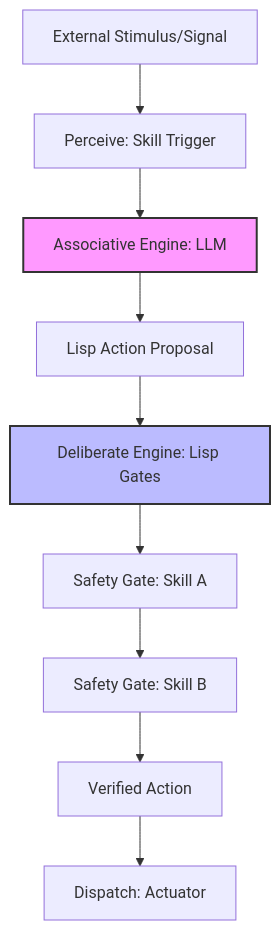
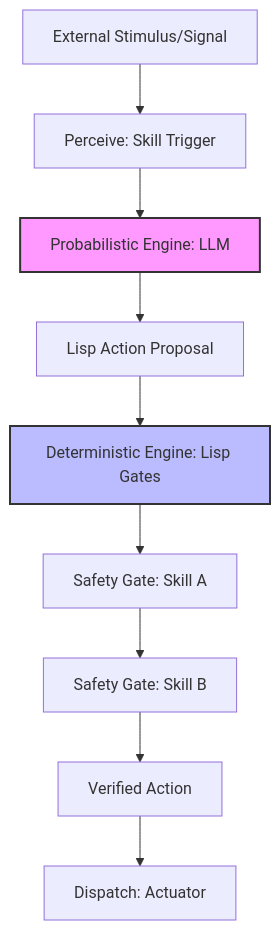
Before and after one commit to amrgharbeia/opencortex: the first of 3 diagrams in literate/neurosymbolic.org, drawn with Mermaid. The commit also changed other lines of this file and 51 other files, not shown here.

Commit message:
REFACTOR: Explanatory Core Architecture & Terminology Alignment

```diff
--- a/literate/neurosymbolic.org
+++ b/literate/neurosymbolic.org
@@ -11,14 +11,14 @@
 #+begin_src mermaid
 flowchart TD
     Stimulus[External Stimulus/Signal] --> Perceive[Perceive: Skill Trigger]
-    Perceive --> Associative[Associative Engine: LLM]
-    Associative --> Proposal[Lisp Action Proposal]
-    Proposal --> Deliberate[Deliberate Engine: Lisp Gates]
-    Deliberate --> Gate1[Safety Gate: Skill A]
+    Perceive --> Probabilistic[Probabilistic Engine: LLM]
+    Probabilistic --> Proposal[Lisp Action Proposal]
+    Proposal --> Deterministic[Deterministic Engine: Lisp Gates]
+    Deterministic --> Gate1[Safety Gate: Skill A]
     Gate1 --> Gate2[Safety Gate: Skill B]
     Gate2 --> Verified[Verified Action]
     Verified --> Dispatch[Dispatch: Actuator]
     
-    style Associative fill:#f9f,stroke:#333,stroke-width:2px
-    style Deliberate fill:#bbf,stroke:#333,stroke-width:2px
+    style Probabilistic fill:#f9f,stroke:#333,stroke-width:2px
+    style Deterministic fill:#bbf,stroke:#333,stroke-width:2px
 #+end_src
```
